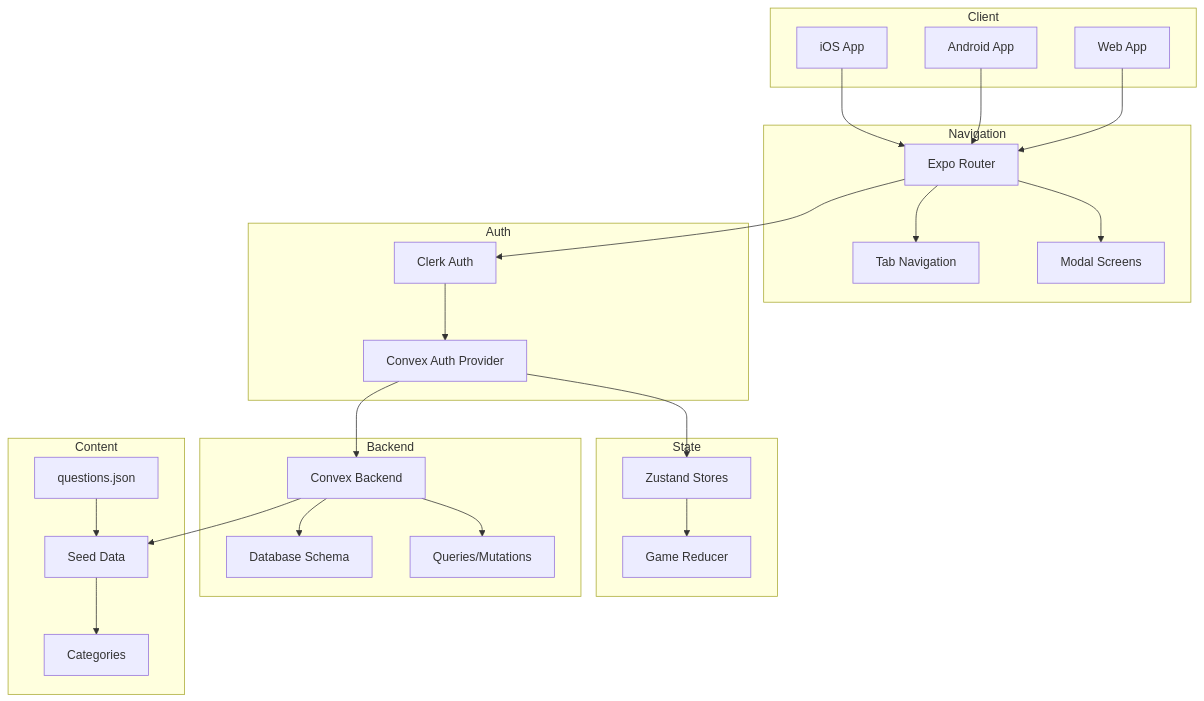
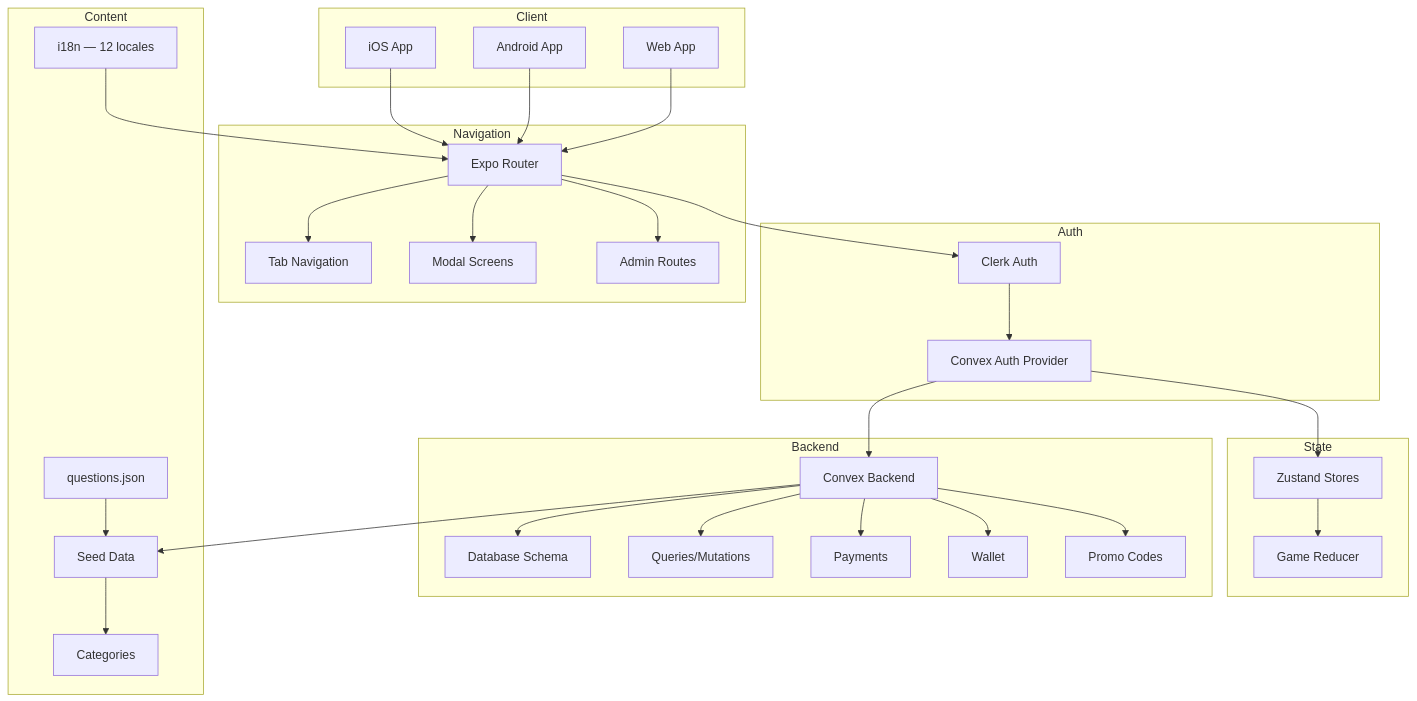
The first of 4 diagrams in docs/CODEBASE_MAP.md (baitalhikmah9/quickfire), drawn with Mermaid before and after one commit. The commit also changed other lines of this file and 28 other files, not shown here.

First line of the commit message:
feat(admin): enhance admin dashboard and promo code management

````diff
--- a/docs/CODEBASE_MAP.md
+++ b/docs/CODEBASE_MAP.md
@@ -16,47 +16,57 @@
 ```mermaid
 graph TB
     subgraph Client
         Web[Web App]
         iOS[iOS App]
         Android[Android App]
     end
     subgraph Navigation
         Router[Expo Router]
         Tabs[Tab Navigation]
         Modals[Modal Screens]
+        Admin[Admin Routes]
     end
     subgraph Auth
         Clerk[Clerk Auth]
         ConvexAuth[Convex Auth Provider]
     end
     subgraph State
         Zustand[Zustand Stores]
         Reducer[Game Reducer]
     end
     subgraph Backend
         Convex[Convex Backend]
         Schema[Database Schema]
         Queries[Queries/Mutations]
+        Payments[Payments]
+        Wallet[Wallet]
+        Promo[Promo Codes]
     end
     subgraph Content
         Questions[questions.json]
         SeedData[Seed Data]
         Categories[Categories]
+        I18n[i18n — 12 locales]
     end
-    
+
     iOS --> Router
     Android --> Router
     Web --> Router
     Router --> Tabs
     Router --> Modals
+    Router --> Admin
     Router --> Clerk
     Clerk --> ConvexAuth
     ConvexAuth --> Zustand
     Zustand --> Reducer
     ConvexAuth --> Convex
     Convex --> Schema
     Convex --> Queries
+    Convex --> Payments
+    Convex --> Wallet
+    Convex --> Promo
     Convex --> SeedData
     Questions --> SeedData
     SeedData --> Categories
+    I18n --> Router
 ```
````
